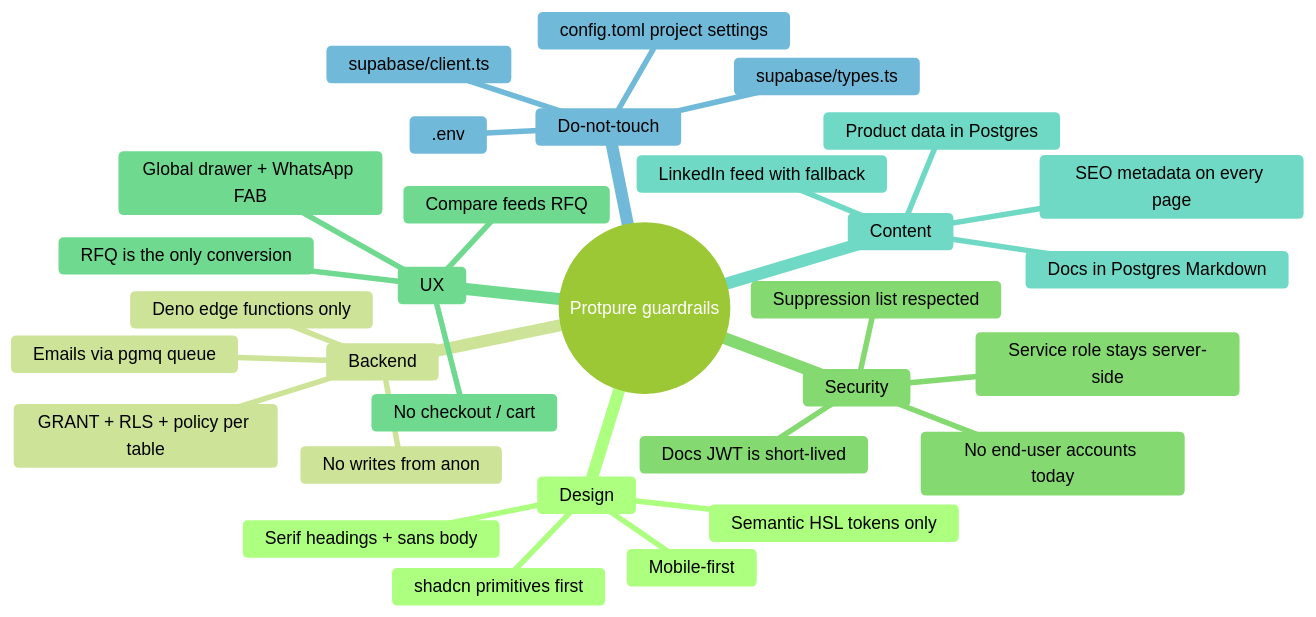
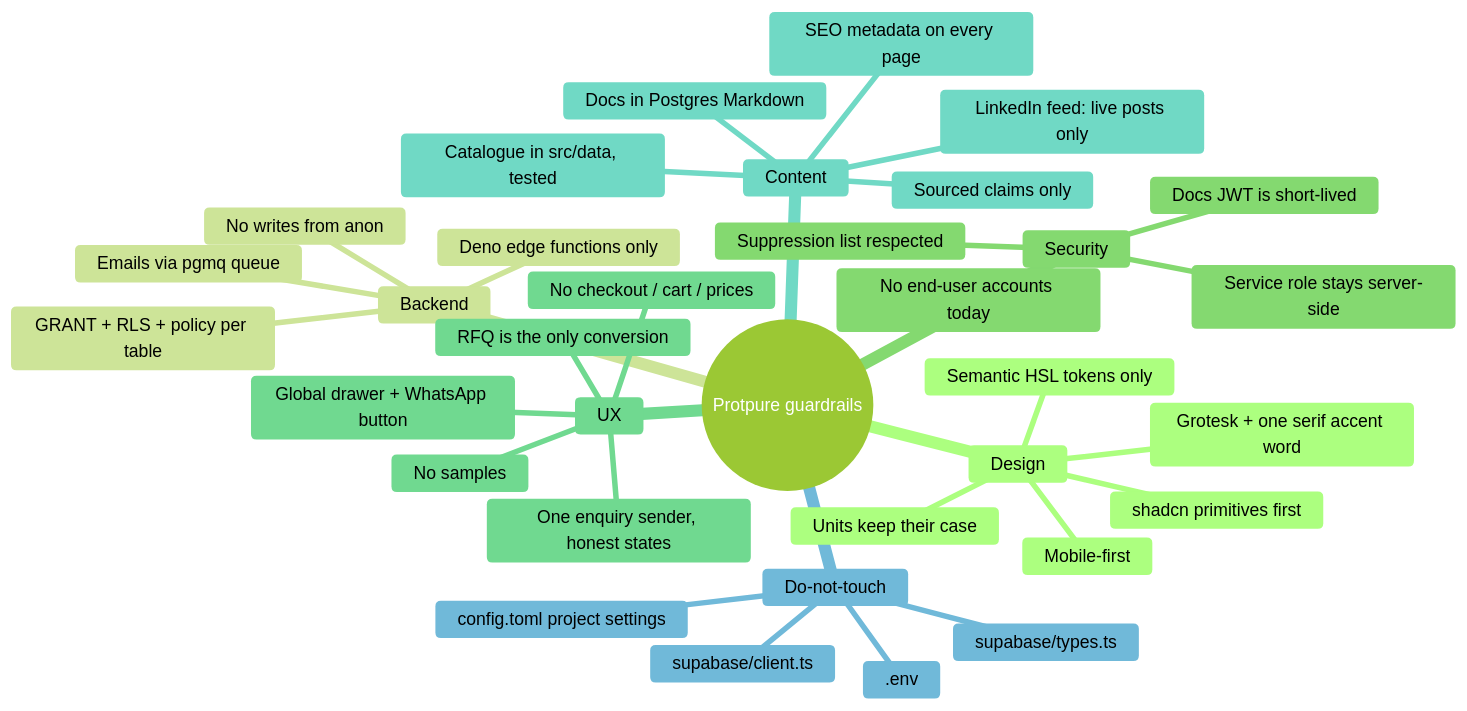
One commit to arka97/protpure-catalog changed the diagram in docs/AI_CONVENTIONS.md. Above: the diagram before and after it, drawn with Mermaid (forest theme). The commit also changed other lines of this file and 9 other files, not shown here.

````diff
--- a/docs/AI_CONVENTIONS.md
+++ b/docs/AI_CONVENTIONS.md
@@ -67,34 +77,37 @@
 ```mermaid
 mindmap
   root((Protpure guardrails))
     Design
       Semantic HSL tokens only
-      Serif headings + sans body
+      Grotesk + one serif accent word
+      Units keep their case
       shadcn primitives first
       Mobile-first
     Backend
       Deno edge functions only
       GRANT + RLS + policy per table
       No writes from anon
       Emails via pgmq queue
     Security
       No end-user accounts today
       Service role stays server-side
       Docs JWT is short-lived
       Suppression list respected
     UX
       RFQ is the only conversion
-      Global drawer + WhatsApp FAB
-      Compare feeds RFQ
-      No checkout / cart
+      One enquiry sender, honest states
+      Global drawer + WhatsApp button
+      No checkout / cart / prices
+      No samples
     Content
-      Product data in Postgres
+      Catalogue in src/data, tested
+      Sourced claims only
       Docs in Postgres Markdown
-      LinkedIn feed with fallback
+      LinkedIn feed: live posts only
       SEO metadata on every page
     Do-not-touch
       supabase/client.ts
       supabase/types.ts
       .env
       config.toml project settings
 ```
````
